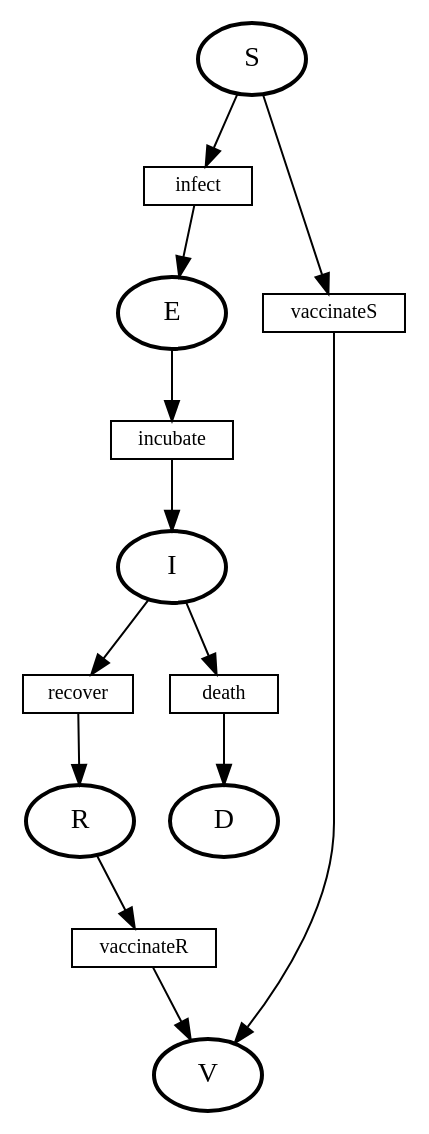
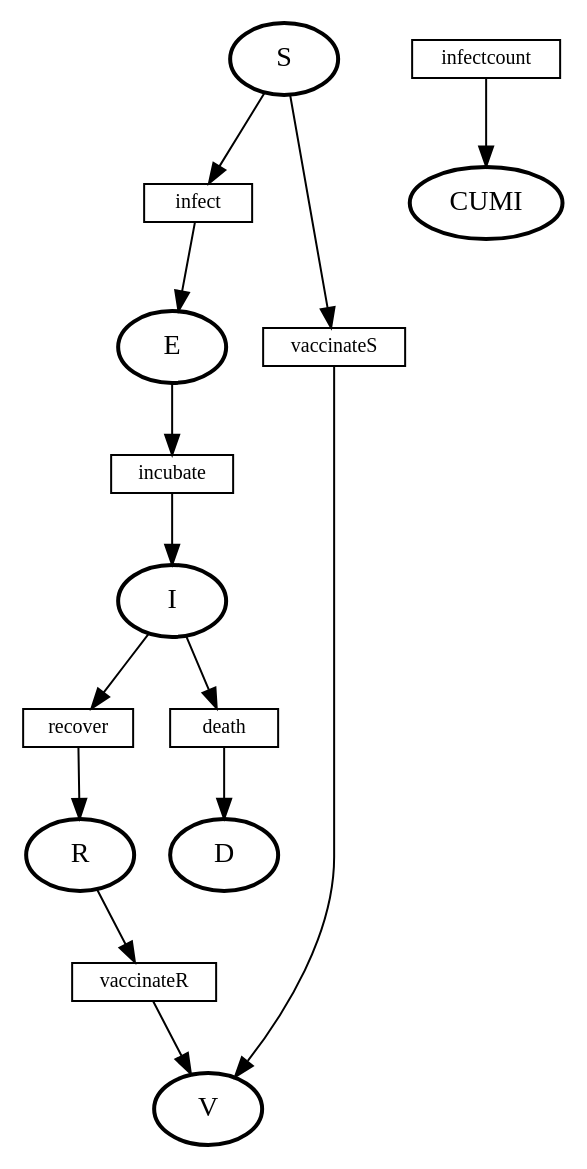
One commit to RPComputer/Epidemiological-BioPEPA-Model changed the diagram in BioPEPA workbench/bpwb/dot/SEIRDV.dot. Above: the diagram before and after it, drawn with Graphviz. The commit also changed 76 other files, not shown here.

```diff
--- a/BioPEPA workbench/bpwb/dot/SEIRDV.dot
+++ b/BioPEPA workbench/bpwb/dot/SEIRDV.dot
@@ -1,36 +1,40 @@
 /* This file was automatically generated
    by the Bio-PEPA Workbench.            */
 digraph SEIRDV {
 
 S -> infect;
 infect -> E;
+
+infectcount -> CUMI;
 
 E -> incubate;
 incubate -> I;
 
 I -> recover;
 recover -> R;
 
 I -> death;
 death -> D;
 
 S -> vaccinateS;
 vaccinateS -> V;
 
 R -> vaccinateR;
 vaccinateR -> V;
 
 infect [shape=box,fontsize=10,height=.2,label="infect"];
+infectcount [shape=box,fontsize=10,height=.2,label="infectcount"];
 incubate [shape=box,fontsize=10,height=.2,label="incubate"];
 recover [shape=box,fontsize=10,height=.2,label="recover"];
 death [shape=box,fontsize=10,height=.2,label="death"];
 vaccinateS [shape=box,fontsize=10,height=.2,label="vaccinateS"];
 vaccinateR [shape=box,fontsize=10,height=.2,label="vaccinateR"];
 S [style=bold,label="S"];
 E [style=bold,label="E"];
 I [style=bold,label="I"];
 R [style=bold,label="R"];
 D [style=bold,label="D"];
 V [style=bold,label="V"];
+CUMI [style=bold,label="CUMI"];
 
 }
```
